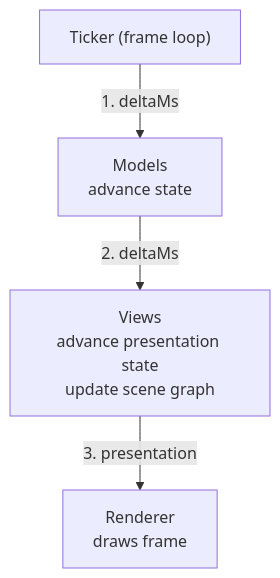
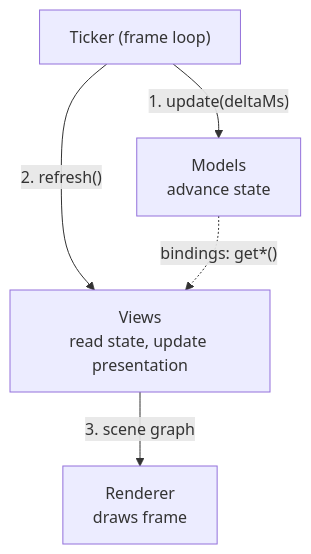
The first of 2 diagrams in docs/learn/architecture-overview.md (yortus/mvt-games), drawn with Mermaid before and after one commit. The commit also changed other lines of this file and 19 other files, not shown here.

````diff
--- a/docs/learn/architecture-overview.md
+++ b/docs/learn/architecture-overview.md
@@ -15,6 +15,7 @@
 ```mermaid
 flowchart TB
-    T["Ticker (frame loop)"] -- "1. deltaMs" --> M["Models\nadvance state"]
-    M -- "2. deltaMs" --> V["Views\nadvance presentation state\nupdate scene graph"]
-    V -- "3. presentation" --> R["Renderer\ndraws frame"]
+    T["Ticker (frame loop)"] -- "1. update(deltaMs)" --> M["Models\nadvance state"]
+    T -- "2. refresh()" --> V["Views\nread state, update presentation"]
+    V -- "3. scene graph" --> R["Renderer\ndraws frame"]
+    M -. "bindings: get*()" .-> V
 ```
````
